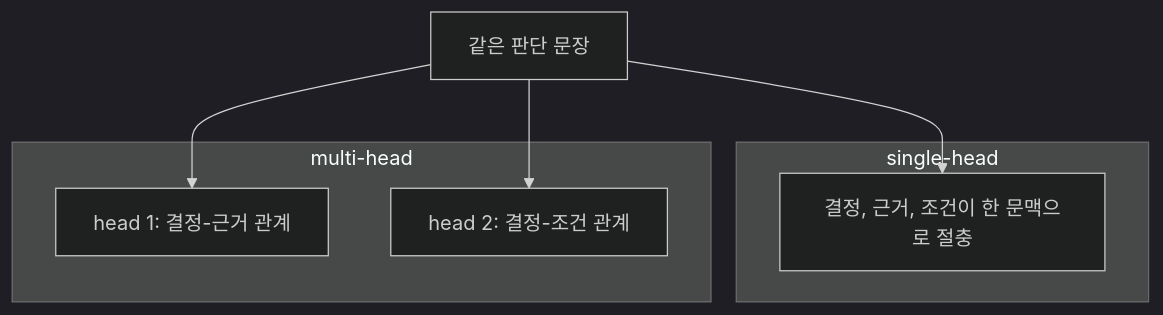
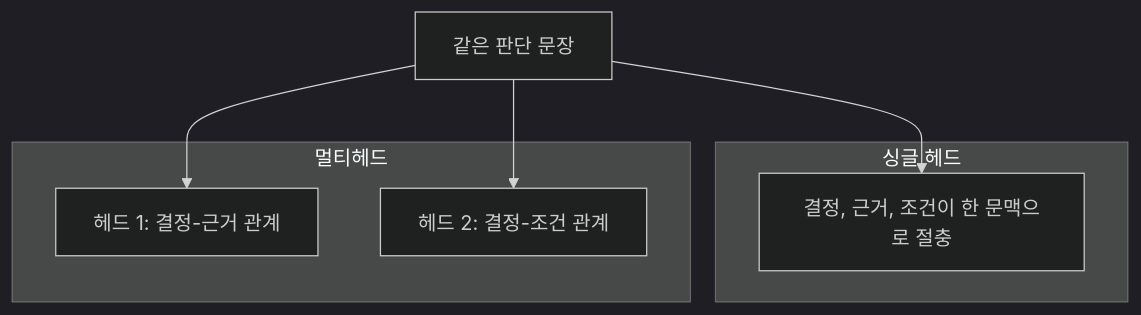
One commit to devchan64/AiBook changed the diagram in docs/assets/part-05/chapter-13/single-vs-multihead-baseline-ko.mmd. Above: the diagram before and after it, drawn with Mermaid (dark theme). The commit also changed 79 other files, not shown here.

Commit message:
Refine part 5 support materials and part 6 tokenization flow

```diff
--- a/docs/assets/part-05/chapter-13/single-vs-multihead-baseline-ko.mmd
+++ b/docs/assets/part-05/chapter-13/single-vs-multihead-baseline-ko.mmd
@@ -1,15 +1,15 @@
 flowchart TD
   A["같은 판단 문장"]
 
-  subgraph S["single-head"]
+  subgraph S["싱글 헤드"]
     B["결정, 근거, 조건이 한 문맥으로 절충"]
   end
 
-  subgraph M["multi-head"]
-    C["head 1: 결정-근거 관계"]
-    D["head 2: 결정-조건 관계"]
+  subgraph M["멀티헤드"]
+    C["헤드 1: 결정-근거 관계"]
+    D["헤드 2: 결정-조건 관계"]
   end
 
   A --> B
   A --> C
   A --> D
```
